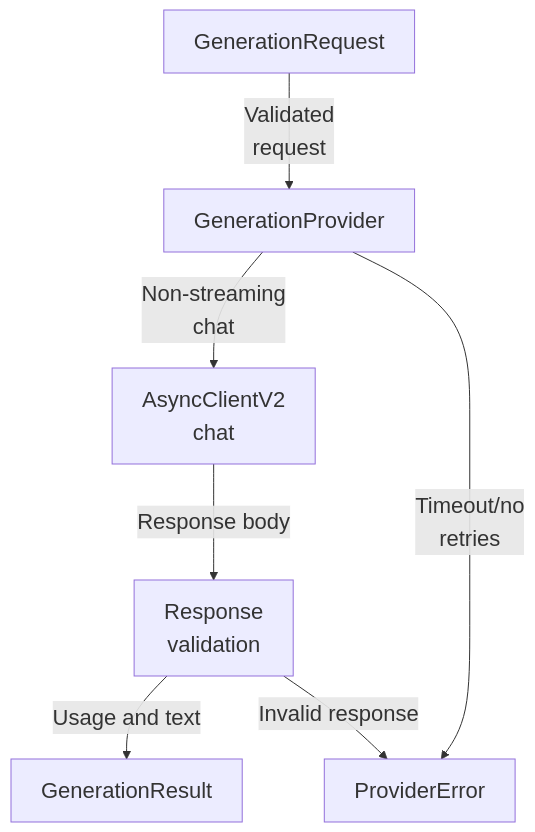
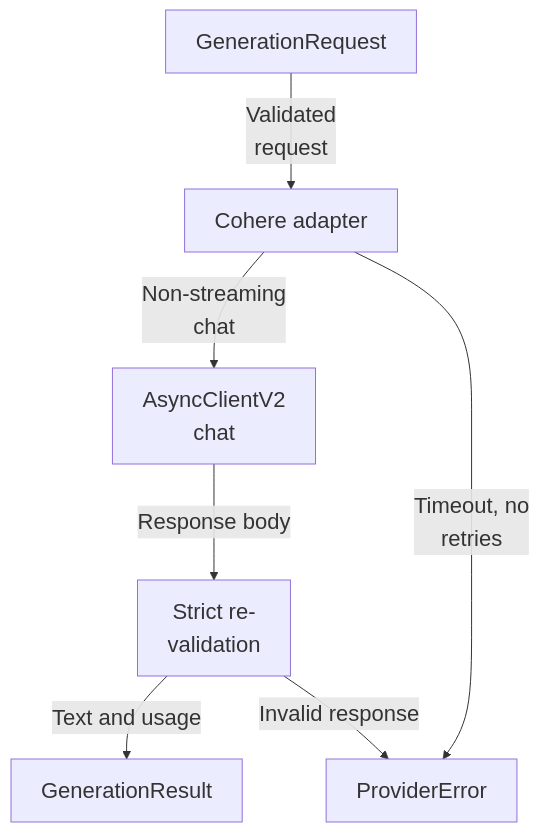
Before and after one commit to Justin-Mendoza/Afterclass: the second of 2 diagrams in maps/answers/README.md, drawn with Mermaid. The commit also changed other lines of this file and 88 other files, not shown here.

````diff
--- a/maps/answers/README.md
+++ b/maps/answers/README.md
@@ -117,16 +75,16 @@
 ```mermaid
 %%{init: {"themeVariables": {"fontSize": "22px"}}}%%
 flowchart TD
   n0["GenerationRequest"]
-  n1["GenerationProvider"]
+  n1["Cohere adapter"]
   n2["AsyncClientV2<br/>chat"]
-  n3["Response<br/>validation"]
+  n3["Strict re-<br/>validation"]
   n4["GenerationResult"]
   n5["ProviderError"]
   n0 -->|"Validated<br/>request"| n1
   n1 -->|"Non-streaming<br/>chat"| n2
   n2 -->|"Response body"| n3
-  n3 -->|"Usage and text"| n4
-  n1 -->|"Timeout/no<br/>retries"| n5
+  n3 -->|"Text and usage"| n4
+  n1 -->|"Timeout, no<br/>retries"| n5
   n3 -->|"Invalid response"| n5
 ```
````
